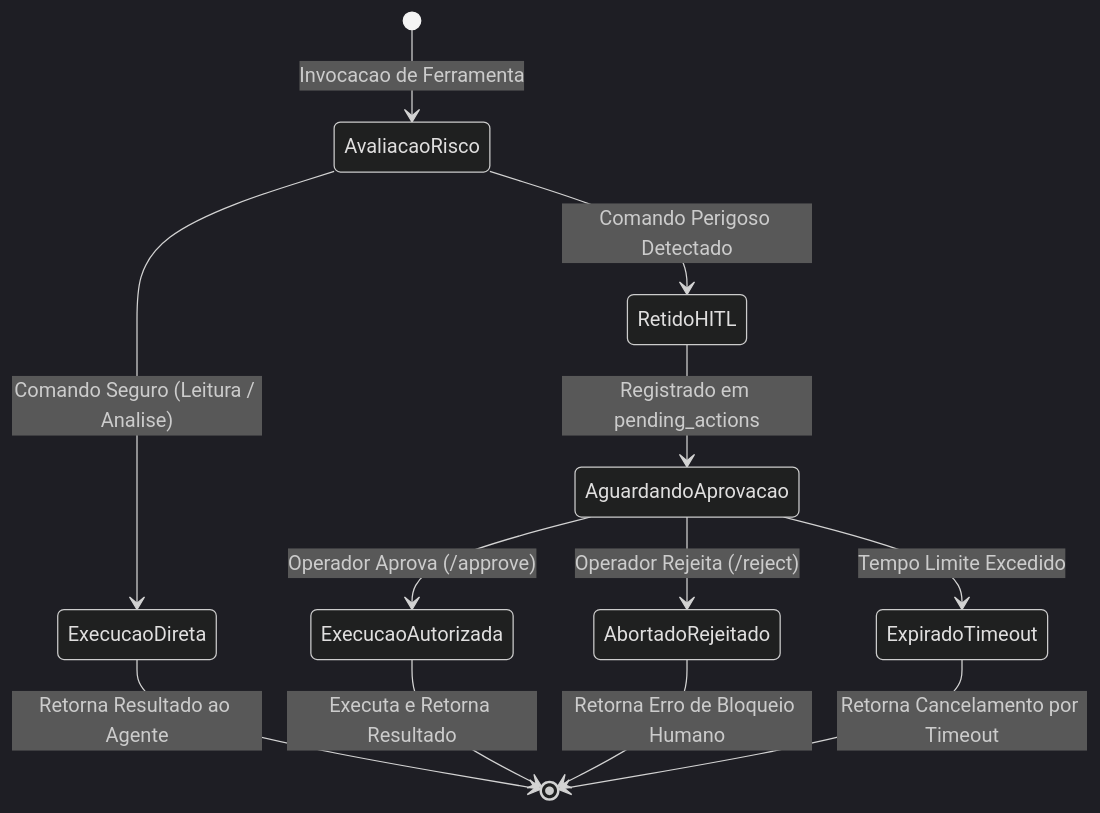
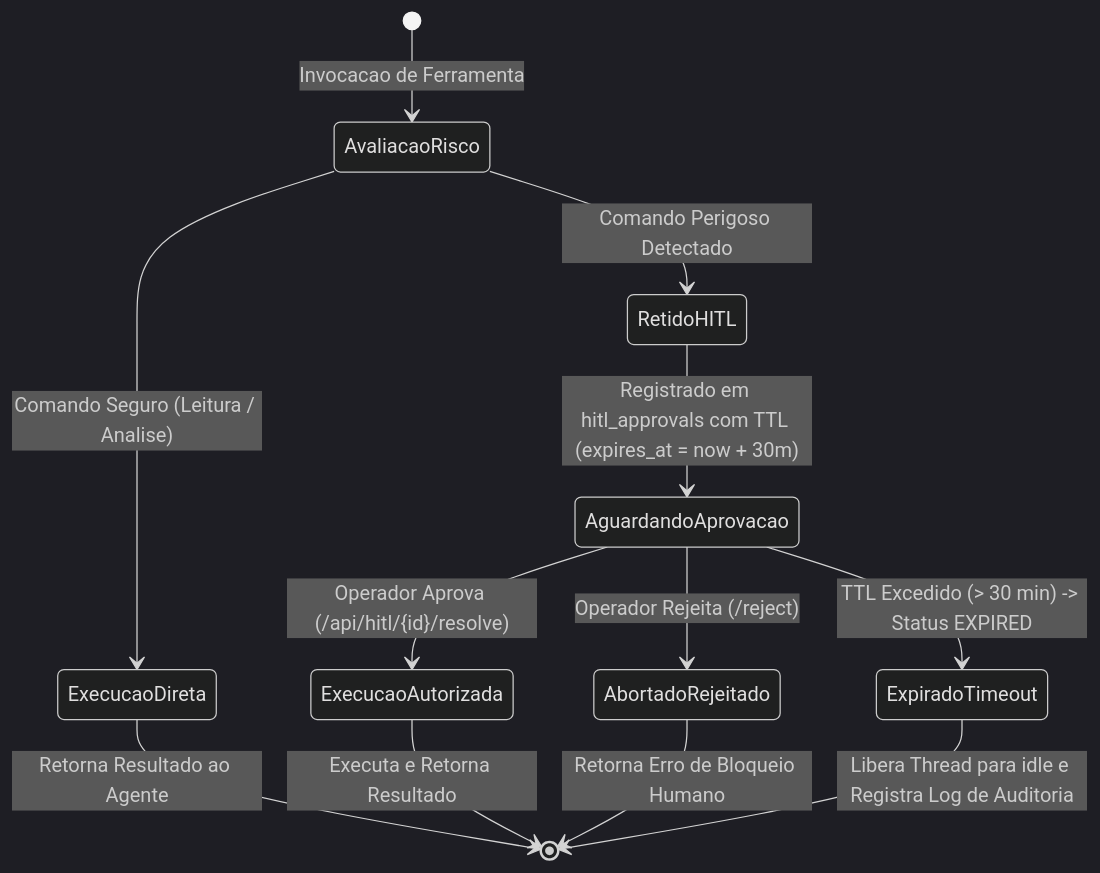
One commit to lyonpamplona/piDots changed the third of 12 diagrams in ARCHITECTURE.md. Above: the diagram before and after it, drawn with Mermaid (dark theme). The commit also changed other lines of this file and 74 other files, not shown here.

````diff
--- a/ARCHITECTURE.md
+++ b/ARCHITECTURE.md
@@ -130,18 +130,18 @@
 ```mermaid
 stateDiagram-v2
     [*] --> AvaliacaoRisco: Invocacao de Ferramenta
     
     AvaliacaoRisco --> ExecucaoDireta: Comando Seguro (Leitura / Analise)
     AvaliacaoRisco --> RetidoHITL: Comando Perigoso Detectado
     
-    RetidoHITL --> AguardandoAprovacao: Registrado em pending_actions
+    RetidoHITL --> AguardandoAprovacao: Registrado em hitl_approvals com TTL (expires_at = now + 30m)
     
-    AguardandoAprovacao --> ExecucaoAutorizada: Operador Aprova (/approve)
+    AguardandoAprovacao --> ExecucaoAutorizada: Operador Aprova (/api/hitl/{id}/resolve)
     AguardandoAprovacao --> AbortadoRejeitado: Operador Rejeita (/reject)
-    AguardandoAprovacao --> ExpiradoTimeout: Tempo Limite Excedido
+    AguardandoAprovacao --> ExpiradoTimeout: TTL Excedido (> 30 min) -> Status EXPIRED
     
     ExecucaoDireta --> [*]: Retorna Resultado ao Agente
     ExecucaoAutorizada --> [*]: Executa e Retorna Resultado
     AbortadoRejeitado --> [*]: Retorna Erro de Bloqueio Humano
-    ExpiradoTimeout --> [*]: Retorna Cancelamento por Timeout
+    ExpiradoTimeout --> [*]: Libera Thread para idle e Registra Log de Auditoria
 ```
````
